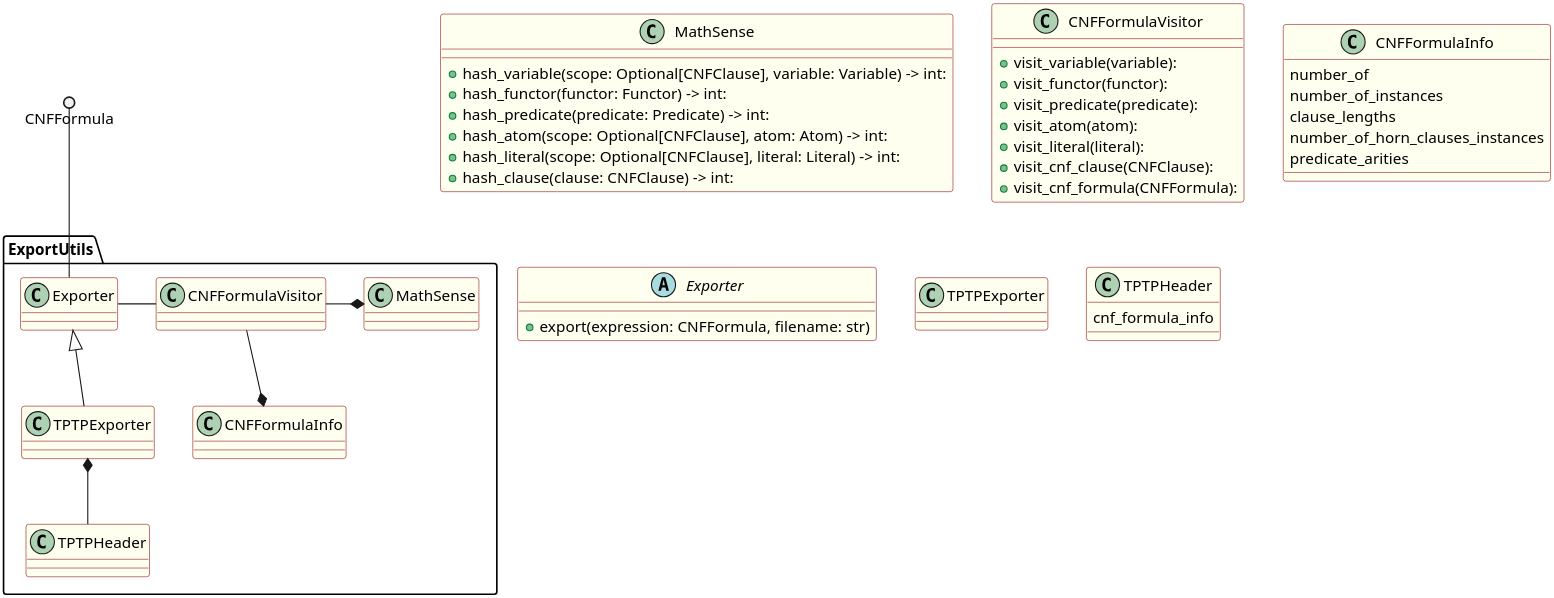
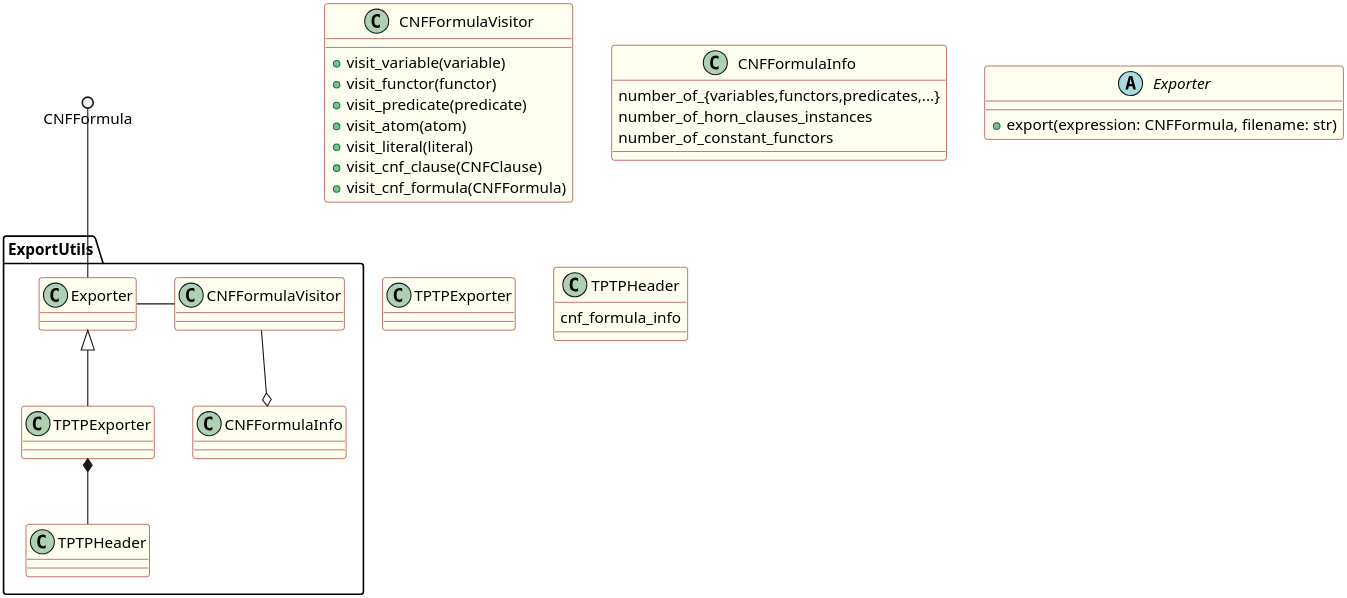
One commit to Mateusz-Grzelinski/set-research-documentation changed the diagram in logic-formula-generator/fol/cnf_formula_statistics.puml. Above: the diagram before and after it, drawn with PlantUML. The commit also changed 8 other files, not shown here.

```diff
--- a/logic-formula-generator/fol/cnf_formula_statistics.puml
+++ b/logic-formula-generator/fol/cnf_formula_statistics.puml
@@ -1,57 +1,45 @@
 @startuml
 skinparam dpi 300
 
 skinparam class {
   backgroundColor Ivory
   borderColor DarkRed
 }
 
 package ExportUtils {
   Exporter <|-- TPTPExporter
   Exporter - CNFFormulaVisitor
   TPTPExporter *-- TPTPHeader
-  CNFFormulaVisitor -* MathSense
-  CNFFormulaVisitor --* CNFFormulaInfo
+  CNFFormulaVisitor --o CNFFormulaInfo
 }
 
 CNFFormula ()-- Exporter
 
-class MathSense {
-  + hash_variable(scope: Optional[CNFClause], variable: Variable) -> int:
-  + hash_functor(functor: Functor) -> int:
-  + hash_predicate(predicate: Predicate) -> int:
-  + hash_atom(scope: Optional[CNFClause], atom: Atom) -> int:
-  + hash_literal(scope: Optional[CNFClause], literal: Literal) -> int:
-  + hash_clause(clause: CNFClause) -> int:
-}
-
 class CNFFormulaVisitor {
-  + visit_variable(variable):
-  + visit_functor(functor):
-  + visit_predicate(predicate):
-  + visit_atom(atom):
-  + visit_literal(literal):
-  + visit_cnf_clause(CNFClause):
-  + visit_cnf_formula(CNFFormula):
+  + visit_variable(variable)
+  + visit_functor(functor)
+  + visit_predicate(predicate)
+  + visit_atom(atom)
+  + visit_literal(literal)
+  + visit_cnf_clause(CNFClause)
+  + visit_cnf_formula(CNFFormula)
 }
 
 class CNFFormulaInfo {
-  number_of
-  number_of_instances
-  clause_lengths
+  number_of_{variables,functors,predicates,...}
   number_of_horn_clauses_instances
-  predicate_arities
+  number_of_constant_functors
 }
 
 abstract class Exporter {
 + export(expression: CNFFormula, filename: str) 
 }
 
 class TPTPExporter {
 }
 
 class TPTPHeader {
   cnf_formula_info
 }
 
 @enduml
```
